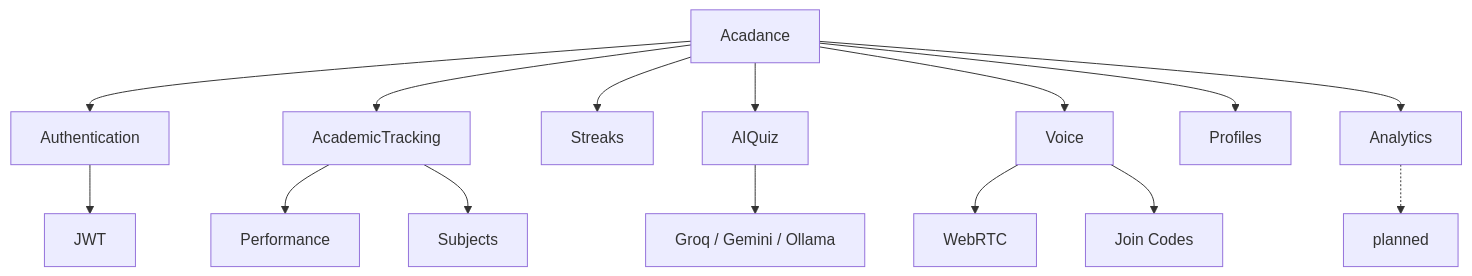
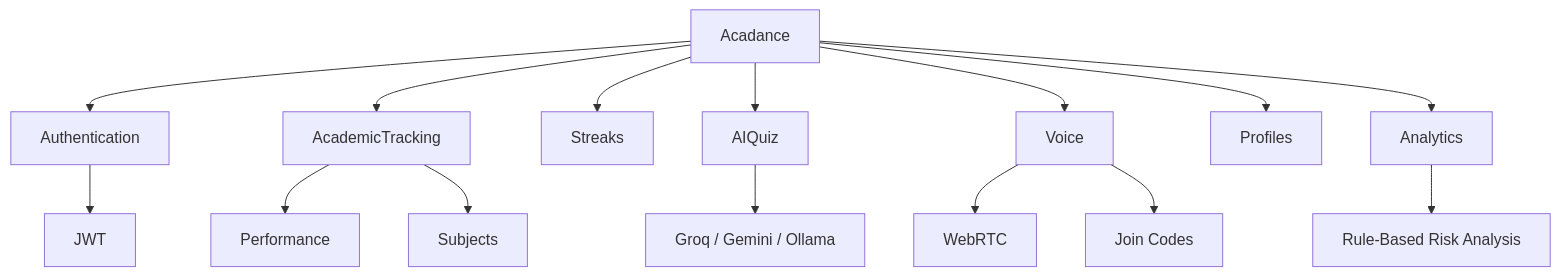
One commit to ashleythabang47-cloud/Acadance- changed the fourth of 4 diagrams in saics/README.md. Above: the diagram before and after it, drawn with Mermaid. The commit also changed other lines of this file and 11556 other files, not shown here.

````diff
--- a/saics/README.md
+++ b/saics/README.md
@@ -317,18 +400,18 @@
 ```mermaid
 graph TD
     Acadance --> Authentication
     Acadance --> AcademicTracking
     Acadance --> Streaks
     Acadance --> AIQuiz
     Acadance --> Voice
     Acadance --> Profiles
     Acadance --> Analytics
 
     Authentication --> JWT
     AcademicTracking --> Performance
     AcademicTracking --> Subjects
     AIQuiz --> AIProviders[Groq / Gemini / Ollama]
     Voice --> WebRTC
     Voice --> JoinCodes[Join Codes]
-    Analytics -.-> Prediction[planned]
+    Analytics --> Prediction[Rule-Based Risk Analysis]
 ```
````
